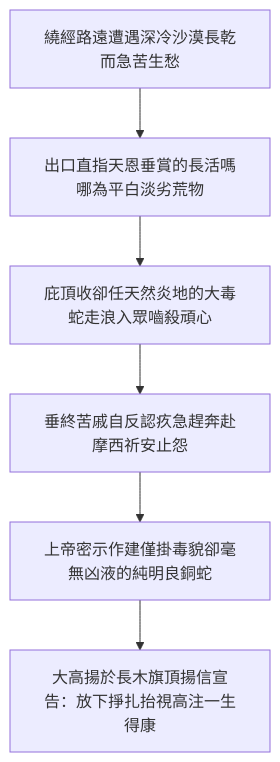
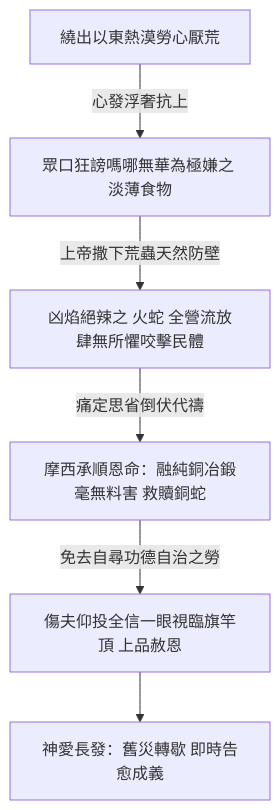
The second of 3 diagrams in 04 民數記/第21章.md (andyjr5566/Bible_wiki_zh), drawn with Mermaid before and after one commit. The commit also changed other lines of this file and 20 other files, not shown here.

````diff
--- a/04 民數記/第21章.md
+++ b/04 民數記/第21章.md
@@ -98,8 +94,8 @@
 ```mermaid
 flowchart TD
-  A["繞經路遠遭遇深冷沙漠長乾而急苦生愁"] --> B["出口直指天恩垂賞的長活嗎哪為平白淡劣荒物"]
-  B --> C["庇頂收卻任天然炎地的大毒蛇走浪入眾嚙殺頑心"]
-  C --> D["垂終苦戚自反認疚急趕奔赴摩西祈安止怨"]
-  D --> E["上帝密示作建僅掛毒貌卻毫無凶液的純明良銅蛇"]
-  E --> F["大高揚於長木旗頂揚信宣告：放下掙扎抬視高注一生得康"]
+    A["繞出以東熱漠勞心厭荒"] -->|心發浮奢抗上| B["眾口狂謗嗎哪無華為極嫌之 淡薄食物"]
+    B -->|上帝撒下荒蟲天然防壁| C["凶焰絕辣之 火蛇 全營流放肆無所懼咬擊民體"]
+    C -->|痛定思省倒伏代禱| D["摩西承順恩命：融純銅冶鍛毫無料害 救贖銅蛇"]
+    D -->|免去自尋功德自治之勞| E["傷夫仰投全信一眼視臨旗竿頂 上品赦恩"]
+    E --> F["神愛長發：舊災轉歇 即時告愈成義"]
 ```
````
